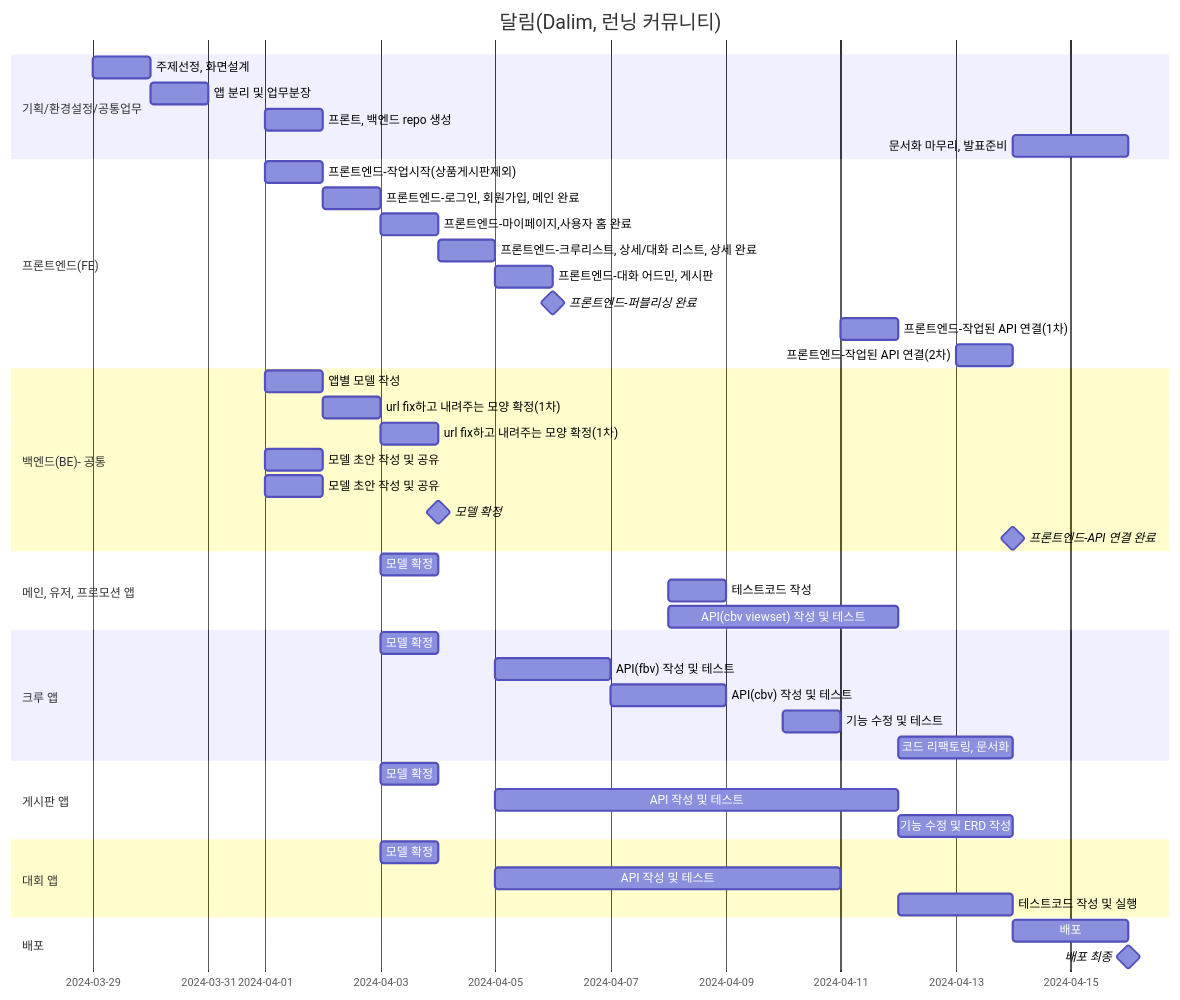
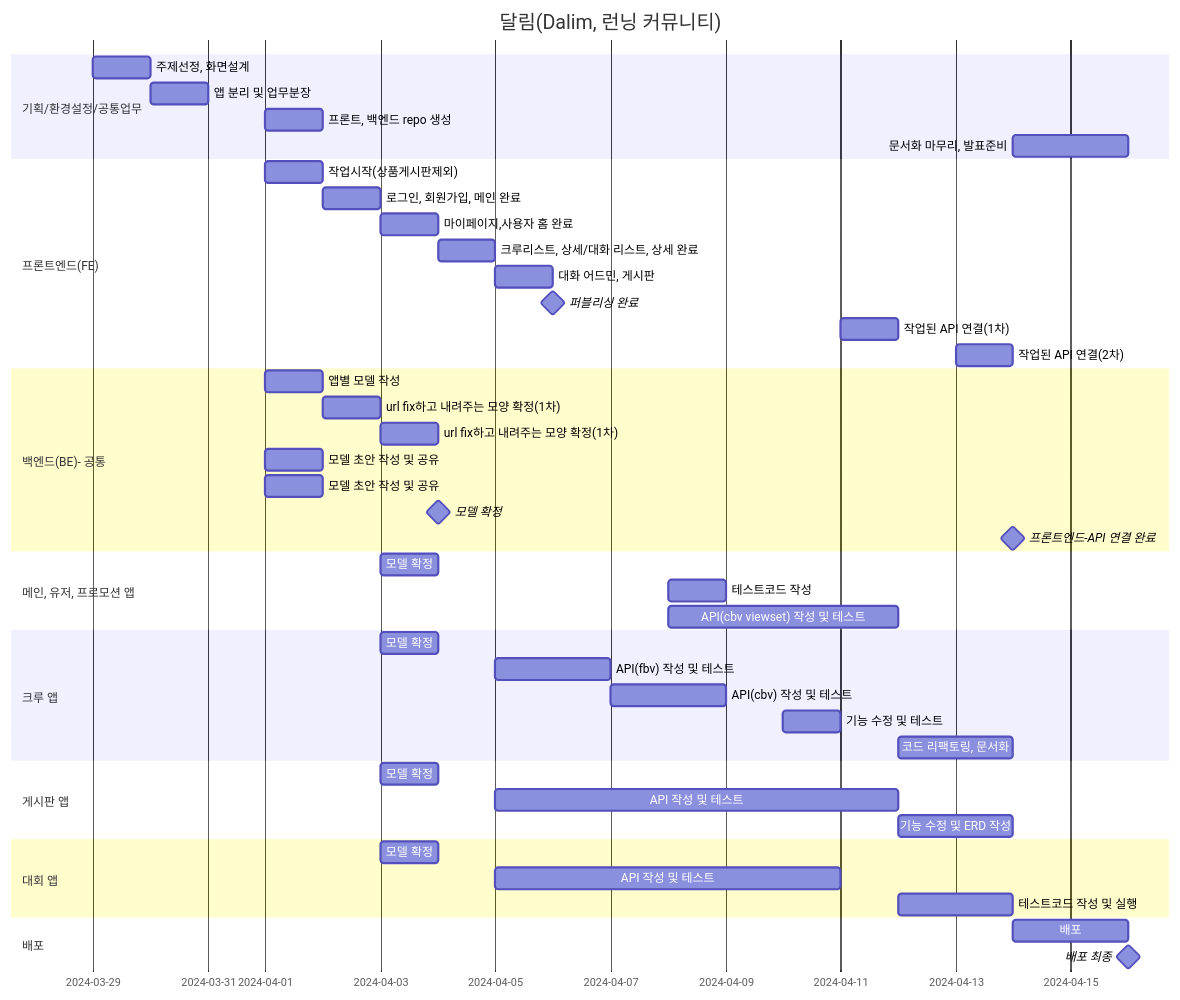
One commit to orm-final-101/dalim_api changed the diagram in README.md. Above: the diagram before and after it, drawn with Mermaid.

Commit message:
:memo: README 4.1 WBS 수정

````diff
--- a/README.md
+++ b/README.md
@@ -158,56 +158,56 @@
 ```mermaid
 gantt
     title 달림(Dalim, 런닝 커뮤니티)
     dateFormat  YY-MM-DD
 
     section 기획/환경설정/공통업무
     주제선정, 화면설계   :24-03-29, 1d
     앱 분리 및 업무분장 : a1, 24-03-30, 1d
     프론트, 백엔드 repo 생성: a2, 24-04-01, 1d
     문서화 마무리, 발표준비: 24-04-14, 2d
 
     section 프론트엔드(FE)
-    프론트엔드-작업시작(상품게시판제외): 24-04-01, 1d
-    프론트엔드-로그인, 회원가입, 메인 완료:24-04-02, 1d
-    프론트엔드-마이페이지,사용자 홈 완료:24-04-03, 1d
-    프론트엔드-크루리스트, 상세/대화 리스트, 상세 완료:24-04-04, 1d
-    프론트엔드-대화 어드민, 게시판: 24-04-05, 1d
-    프론트엔드-퍼블리싱 완료: milestone, isadded, 24-04-06, 0d
-    프론트엔드-작업된 API 연결(1차): 24-04-11, 1d 
-    프론트엔드-작업된 API 연결(2차): 24-04-13, 1d
+    작업시작(상품게시판제외): 24-04-01, 1d
+    로그인, 회원가입, 메인 완료:24-04-02, 1d
+    마이페이지,사용자 홈 완료:24-04-03, 1d
+    크루리스트, 상세/대화 리스트, 상세 완료:24-04-04, 1d
+    대화 어드민, 게시판: 24-04-05, 1d
+    퍼블리싱 완료: milestone, isadded, 24-04-06, 0d
+    작업된 API 연결(1차): 24-04-11, 1d 
+    작업된 API 연결(2차): 24-04-13, 1d
     
     section 백엔드(BE)- 공통 
     앱별 모델 작성: b1, 24-04-01, 1d
     url fix하고 내려주는 모양 확정(1차):after b1, 24-04-02, 1d
     url fix하고 내려주는 모양 확정(1차):after b1, 24-04-03, 1d
     모델 초안 작성 및 공유: after b1, 24-04-01, 1d
     모델 초안 작성 및 공유: after b1, 24-04-01, 1d
     모델 확정: milestone, isadded, 24-04-04, 0d
     프론트엔드-API 연결 완료: milestone, isadded, 24-04-14, 0d   
 
     section 메인, 유저, 프로모션 앱
     모델 확정:after b1, 24-04-03, 1d
     테스트코드 작성: b2, 24-04-08, 1d    
     API(cbv viewset) 작성 및 테스트: after b2, 24-04-08, 4d    
 
     section 크루 앱
     모델 확정:after a2, 24-04-03, 1d
     API(fbv) 작성 및 테스트: c1, 24-04-05, 2d    
     API(cbv) 작성 및 테스트: after c1, 24-04-07, 2d 
     기능 수정 및 테스트: 24-04-10, 1d   
     코드 리팩토링, 문서화: 24-04-12, 2d    
 
     section 게시판 앱 
     모델 확정:after a1, 24-04-03, 1d
     API 작성 및 테스트: d2, 24-04-05, 7d
     기능 수정 및 ERD 작성: 24-04-12, 2d
 
     section 대회 앱 
     모델 확정: after a1, 24-04-03, 1d
     API 작성 및 테스트: r1, 24-04-05, 6d
     테스트코드 작성 및 실행: after r1, 24-04-12, 2d
 
     section 배포
     배포 : 24-04-14, 2d
     배포 최종: milestone, isadded, 24-04-16, 0d
 ```
````
